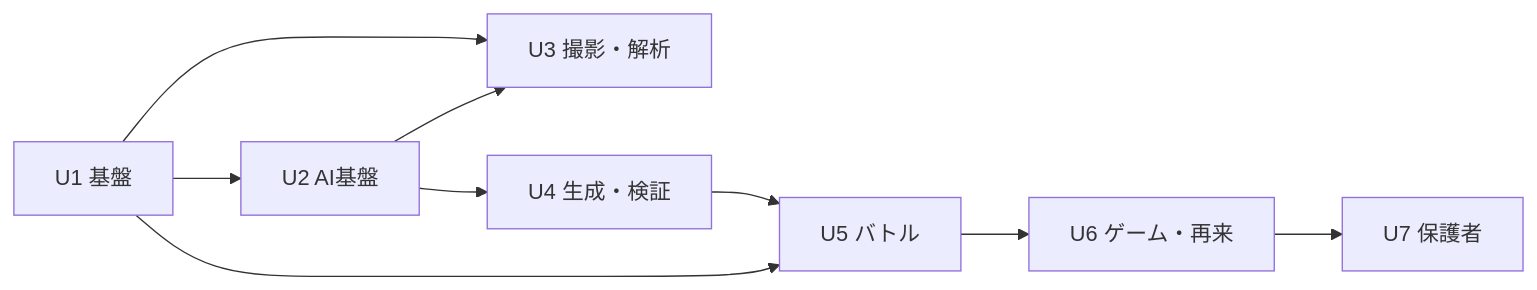
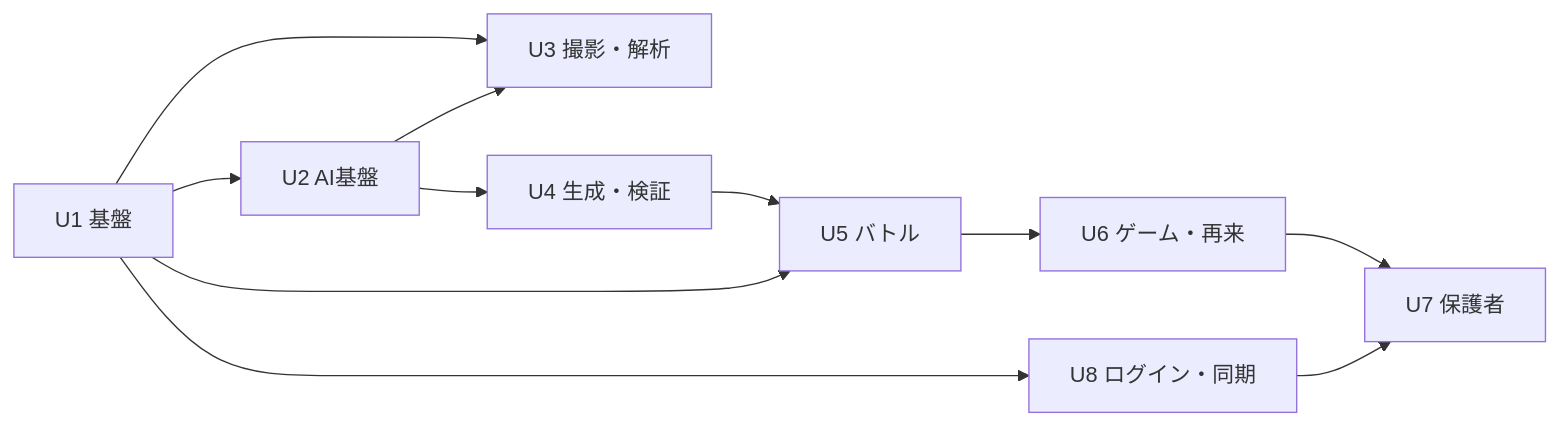
The diagram in aidlc-docs/inception/plans/execution-plan.md (norihiko-takahashi/kaeriuchi), drawn with Mermaid before and after one commit. The commit also changed other lines of this file and 12 other files, not shown here.

````diff
--- a/aidlc-docs/inception/plans/execution-plan.md
+++ b/aidlc-docs/inception/plans/execution-plan.md
@@ -5,11 +5,13 @@
 ```mermaid
 flowchart LR
   U1[U1 基盤] --> U2[U2 AI基盤]
   U1 --> U3[U3 撮影・解析]
   U2 --> U3
   U2 --> U4[U4 生成・検証]
   U4 --> U5[U5 バトル]
   U1 --> U5
   U5 --> U6[U6 ゲーム・再来]
   U6 --> U7[U7 保護者]
+  U1 --> U8[U8 ログイン・同期]
+  U8 --> U7
 ```
````
